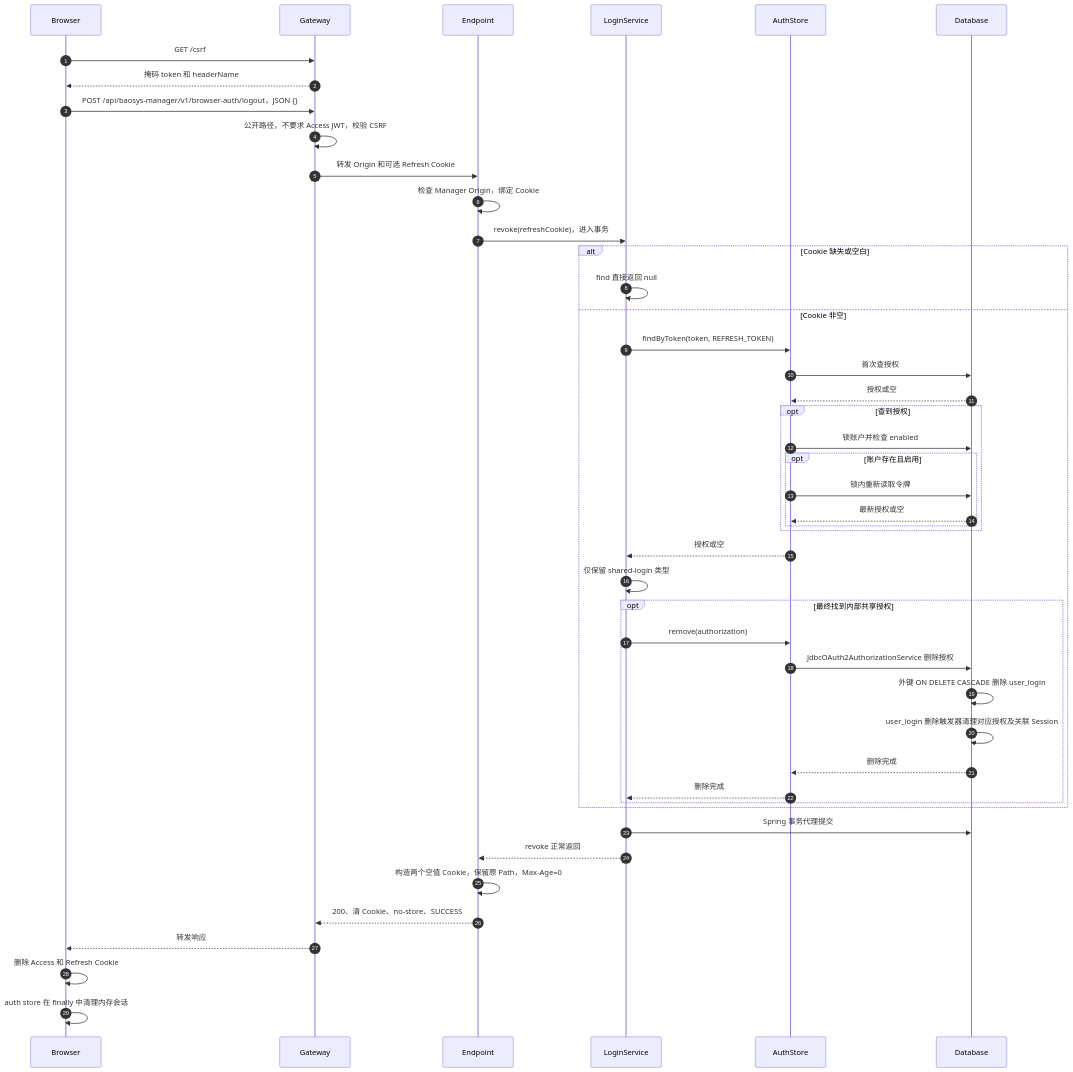
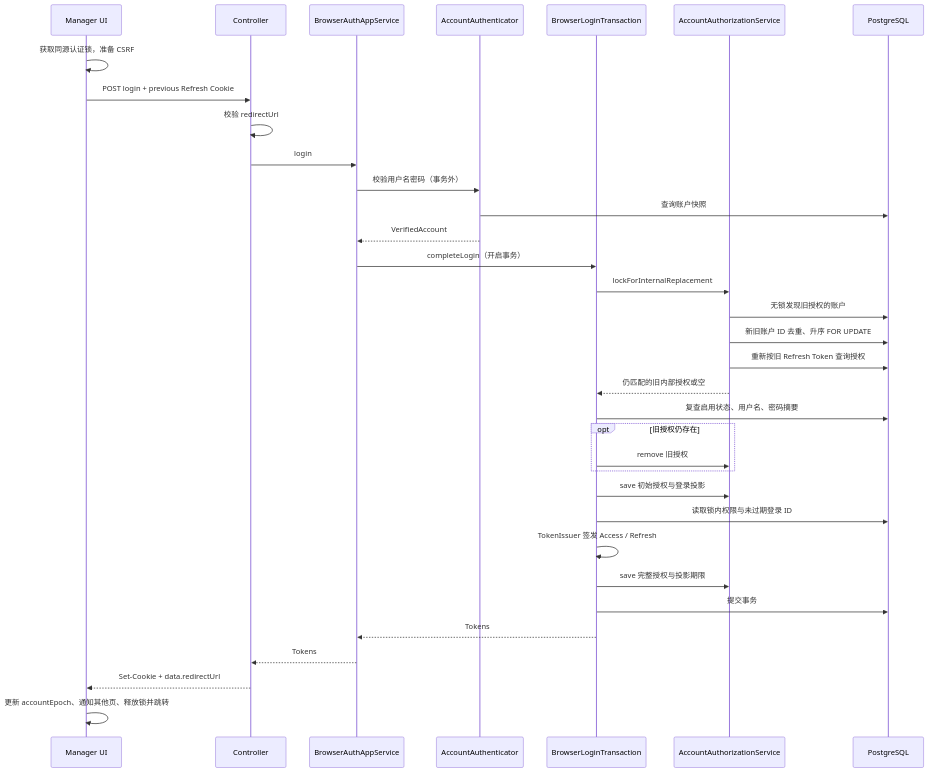
Before and after one commit to bbcdabao/baosys: the first of 3 diagrams in docs/modules/manager/browser_auth_sequence.md, drawn with Mermaid. The commit also changed other lines of this file and 55 other files, not shown here.

````diff
--- a/docs/modules/manager/browser_auth_sequence.md
+++ b/docs/modules/manager/browser_auth_sequence.md
@@ -327,49 +27,36 @@
 ```mermaid
 sequenceDiagram
-    autonumber
-    participant Browser
-    participant Gateway
-    participant Endpoint
-    participant LoginService
-    participant AuthStore
-    participant Database
-
-    Browser->>Gateway: GET /csrf
-    Gateway-->>Browser: 掩码 token 和 headerName
-    Browser->>Gateway: POST /api/baosys-manager/v1/browser-auth/logout，JSON {}
-    Gateway->>Gateway: 公开路径，不要求 Access JWT，校验 CSRF
-    Gateway->>Endpoint: 转发 Origin 和可选 Refresh Cookie
-    Endpoint->>Endpoint: 检查 Manager Origin，绑定 Cookie
-    Endpoint->>LoginService: revoke(refreshCookie)，进入事务
-    alt Cookie 缺失或空白
-        LoginService->>LoginService: find 直接返回 null
-    else Cookie 非空
-        LoginService->>AuthStore: findByToken(token, REFRESH_TOKEN)
-        AuthStore->>Database: 首次查授权
-        Database-->>AuthStore: 授权或空
-        opt 查到授权
-            AuthStore->>Database: 锁账户并检查 enabled
-            opt 账户存在且启用
-                AuthStore->>Database: 锁内重新读取令牌
-                Database-->>AuthStore: 最新授权或空
-            end
-        end
-        AuthStore-->>LoginService: 授权或空
-        LoginService->>LoginService: 仅保留 shared-login 类型
-        opt 最终找到内部共享授权
-            LoginService->>AuthStore: remove(authorization)
-            AuthStore->>Database: JdbcOAuth2AuthorizationService 删除授权
-            Database->>Database: 外键 ON DELETE CASCADE 删除 user_login
-            Database->>Database: user_login 删除触发器清理对应授权及关联 Session
-            Database-->>AuthStore: 删除完成
-            AuthStore-->>LoginService: 删除完成
-        end
+    participant UI as Manager UI
+    participant API as Controller
+    participant App as BrowserAuthAppService
+    participant Password as AccountAuthenticator
+    participant Tx as BrowserLoginTransaction
+    participant Store as AccountAuthorizationService
+    participant DB as PostgreSQL
+    UI->>UI: 获取同源认证锁，准备 CSRF
+    UI->>API: POST login + previous Refresh Cookie
+    API->>API: 校验 redirectUrl
+    API->>App: login
+    App->>Password: 校验用户名密码（事务外）
+    Password->>DB: 查询账户快照
+    Password-->>App: VerifiedAccount
+    App->>Tx: completeLogin（开启事务）
+    Tx->>Store: lockForInternalReplacement
+    Store->>DB: 无锁发现旧授权的账户
+    Store->>DB: 新旧账户 ID 去重、升序 FOR UPDATE
+    Store->>DB: 重新按旧 Refresh Token 查询授权
+    Store-->>Tx: 仍匹配的旧内部授权或空
+    Tx->>DB: 复查启用状态、用户名、密码摘要
+    opt 旧授权仍存在
+        Tx->>Store: remove 旧授权
     end
-    LoginService->>Database: Spring 事务代理提交
-    LoginService-->>Endpoint: revoke 正常返回
-    Endpoint->>Endpoint: 构造两个空值 Cookie，保留原 Path，Max-Age=0
-    Endpoint-->>Gateway: 200、清 Cookie、no-store、SUCCESS
-    Gateway-->>Browser: 转发响应
-    Browser->>Browser: 删除 Access 和 Refresh Cookie
-    Browser->>Browser: auth store 在 finally 中清理内存会话
+    Tx->>Store: save 初始授权与登录投影
+    Tx->>DB: 读取锁内权限与未过期登录 ID
+    Tx->>Tx: TokenIssuer 签发 Access / Refresh
+    Tx->>Store: save 完整授权与投影期限
+    Tx->>DB: 提交事务
+    Tx-->>App: Tokens
+    App-->>API: Tokens
+    API-->>UI: Set-Cookie + data.redirectUrl
+    UI->>UI: 更新 accountEpoch、通知其他页、释放锁并跳转
 ```
````
